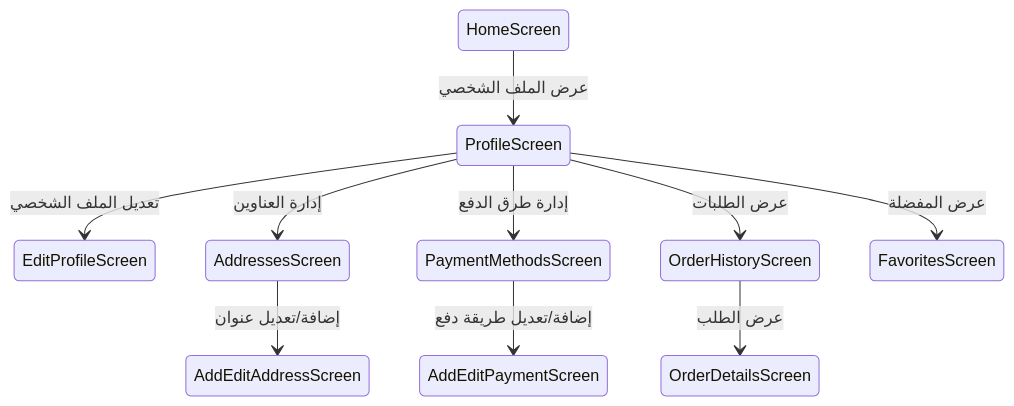
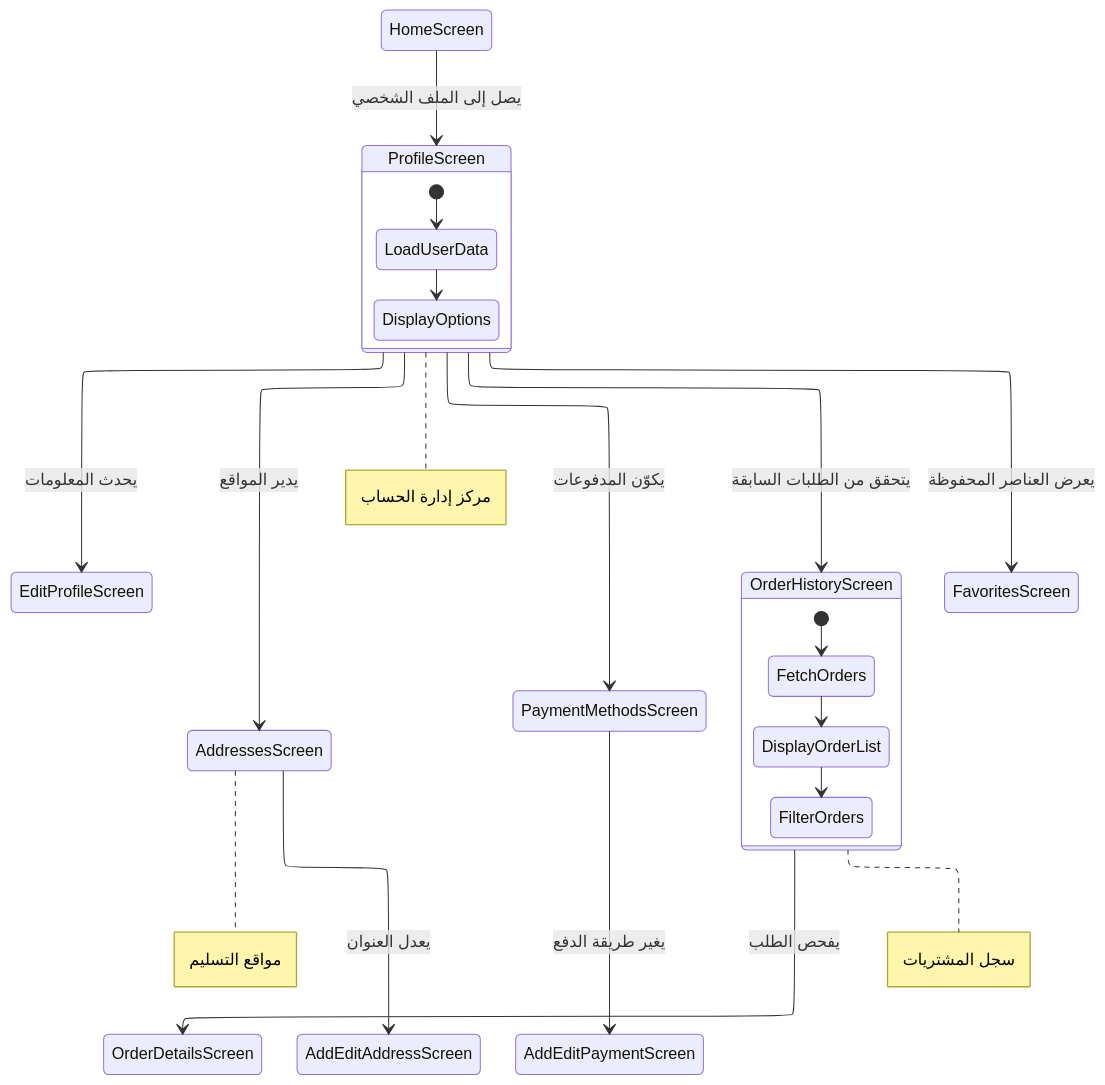
Before and after one commit to GeniusSystems24/genius_store: the fourth of 4 diagrams in lib/presentation/screens/README-ar.md, drawn with Mermaid. The commit also changed other lines of this file and 60 other files, not shown here.

Commit message:
- add animations to diagrams.

````diff
--- a/lib/presentation/screens/README-ar.md
+++ b/lib/presentation/screens/README-ar.md
@@ -91,12 +149,32 @@
 ```mermaid
+---
+config:
+  look: classic
+  layout: elk
+---
 stateDiagram-v2
-    HomeScreen --> ProfileScreen: عرض الملف الشخصي
-    ProfileScreen --> EditProfileScreen: تعديل الملف الشخصي
-    ProfileScreen --> AddressesScreen: إدارة العناوين
-    ProfileScreen --> PaymentMethodsScreen: إدارة طرق الدفع
-    ProfileScreen --> OrderHistoryScreen: عرض الطلبات
-    ProfileScreen --> FavoritesScreen: عرض المفضلة
-    OrderHistoryScreen --> OrderDetailsScreen: عرض الطلب
-    AddressesScreen --> AddEditAddressScreen: إضافة/تعديل عنوان
-    PaymentMethodsScreen --> AddEditPaymentScreen: إضافة/تعديل طريقة دفع
+    HomeScreen --> ProfileScreen: يصل إلى الملف الشخصي
+    ProfileScreen --> EditProfileScreen: يحدث المعلومات
+    ProfileScreen --> AddressesScreen: يدير المواقع
+    ProfileScreen --> PaymentMethodsScreen: يكوّن المدفوعات
+    ProfileScreen --> OrderHistoryScreen: يتحقق من الطلبات السابقة
+    ProfileScreen --> FavoritesScreen: يعرض العناصر المحفوظة
+    OrderHistoryScreen --> OrderDetailsScreen: يفحص الطلب
+    AddressesScreen --> AddEditAddressScreen: يعدل العنوان
+    PaymentMethodsScreen --> AddEditPaymentScreen: يغير طريقة الدفع
+    
+    note right of ProfileScreen: مركز إدارة الحساب
+    note right of OrderHistoryScreen: سجل المشتريات
+    note right of AddressesScreen: مواقع التسليم
+    
+    state ProfileScreen {
+        [*] --> LoadUserData
+        LoadUserData --> DisplayOptions
+    }
+    
+    state OrderHistoryScreen {
+        [*] --> FetchOrders
+        FetchOrders --> DisplayOrderList
+        DisplayOrderList --> FilterOrders
+    }
 ```
````
